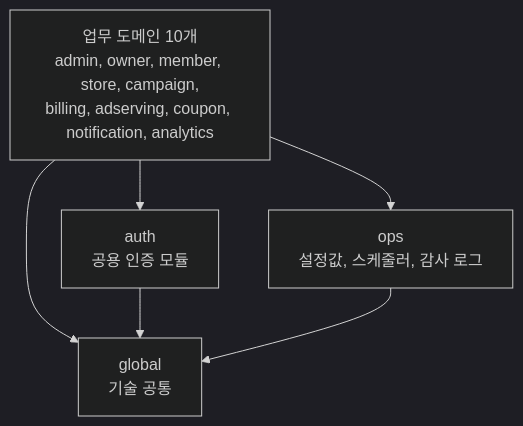
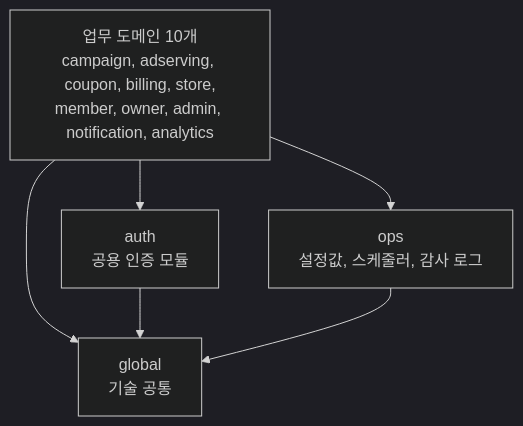
One commit to lunch-catch/lc-backend changed the first of 2 diagrams in docs/architecture/런치캐치_도메인_구조와_의존성_설계.md. Above: the diagram before and after it, drawn with Mermaid (dark theme). The commit also changed other lines of this file and 8 other files, not shown here.

````diff
--- a/docs/architecture/런치캐치_도메인_구조와_의존성_설계.md
+++ b/docs/architecture/런치캐치_도메인_구조와_의존성_설계.md
@@ -17,13 +17,13 @@
 ```mermaid
 flowchart TB
-  L3["업무 도메인 10개<br/>admin, owner, member, store, campaign,<br/>billing, adserving, coupon, notification, analytics"]
+  L3["업무 도메인 10개<br/>campaign, adserving, coupon, billing, store,<br/>member, owner, admin, notification, analytics"]
   AUTH["auth<br/>공용 인증 모듈"]
   OPS["ops<br/>설정값, 스케줄러, 감사 로그"]
   GLB["global<br/>기술 공통"]
 
   L3 --> AUTH
   L3 --> OPS
   L3 --> GLB
   AUTH --> GLB
   OPS --> GLB
 ```
````
